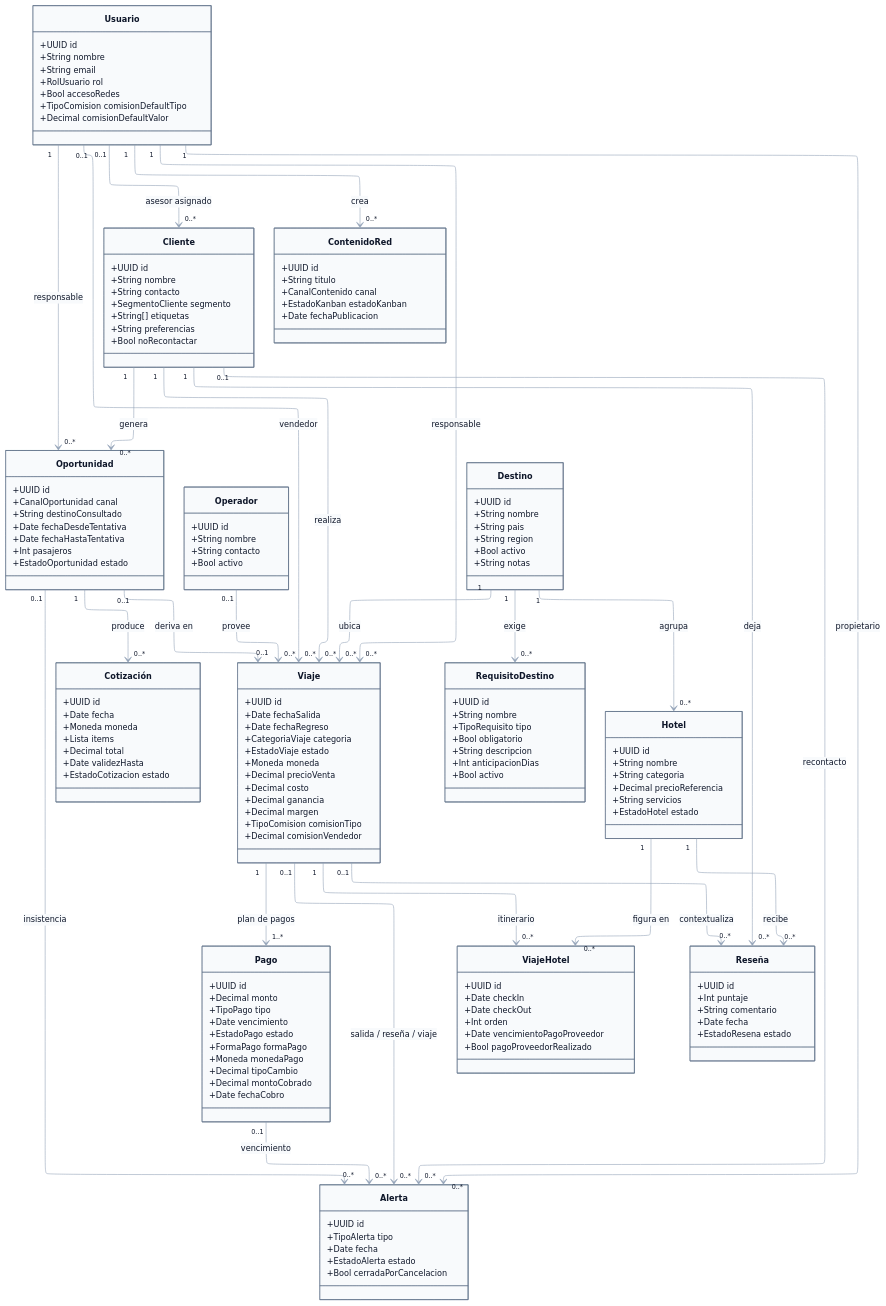
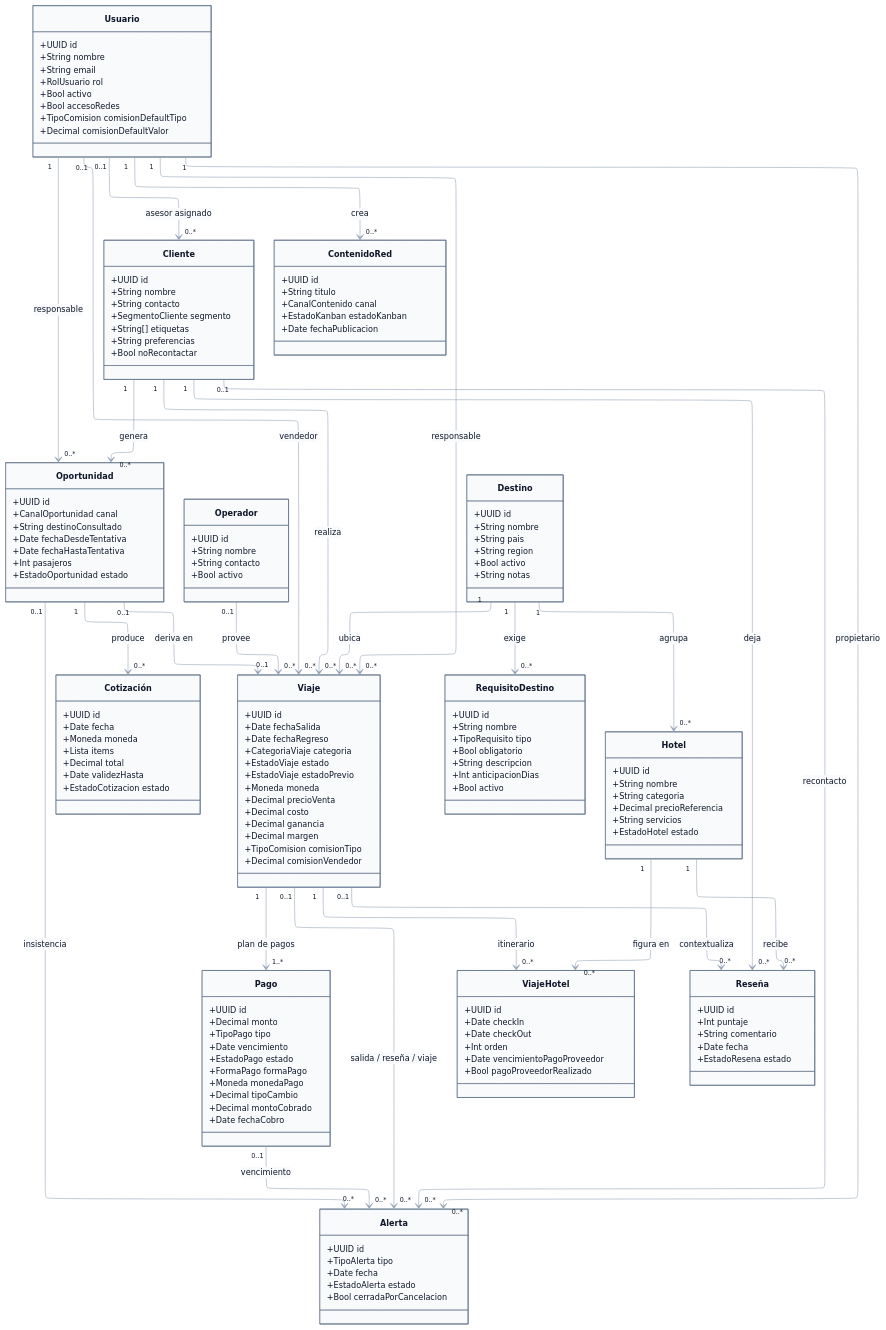
One commit to FranLuciano04/Vault-Rumbo changed the first of 4 diagrams in 03-Dominio/Diagramas/DGM — Diagrama de clases.md. Above: the diagram before and after it, drawn with Mermaid. The commit also changed other lines of this file and 11 other files, not shown here.

Commit message:
DEC-0013: suma Usuario.activo y Viaje.estado_previo; SQL revalidado

```diff
--- a/03-Dominio/Diagramas/DGM — Diagrama de clases.md
+++ b/03-Dominio/Diagramas/DGM — Diagrama de clases.md
@@ -43,6 +43,7 @@
         +String nombre
         +String email
         +RolUsuario rol
+        +Bool activo
         +Bool accesoRedes
         +TipoComision comisionDefaultTipo
         +Decimal comisionDefaultValor
@@ -82,6 +83,7 @@
         +Date fechaRegreso
         +CategoriaViaje categoria
         +EstadoViaje estado
+        +EstadoViaje estadoPrevio
         +Moneda moneda
         +Decimal precioVenta
         +Decimal costo
```
